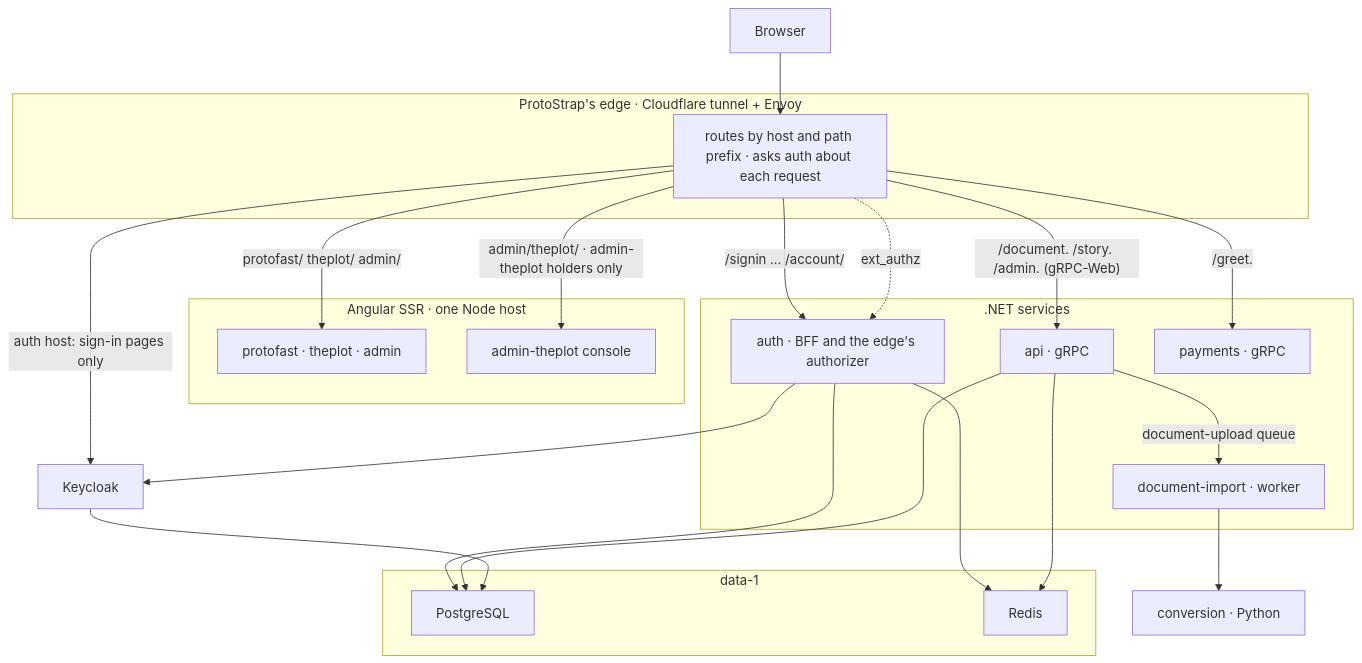
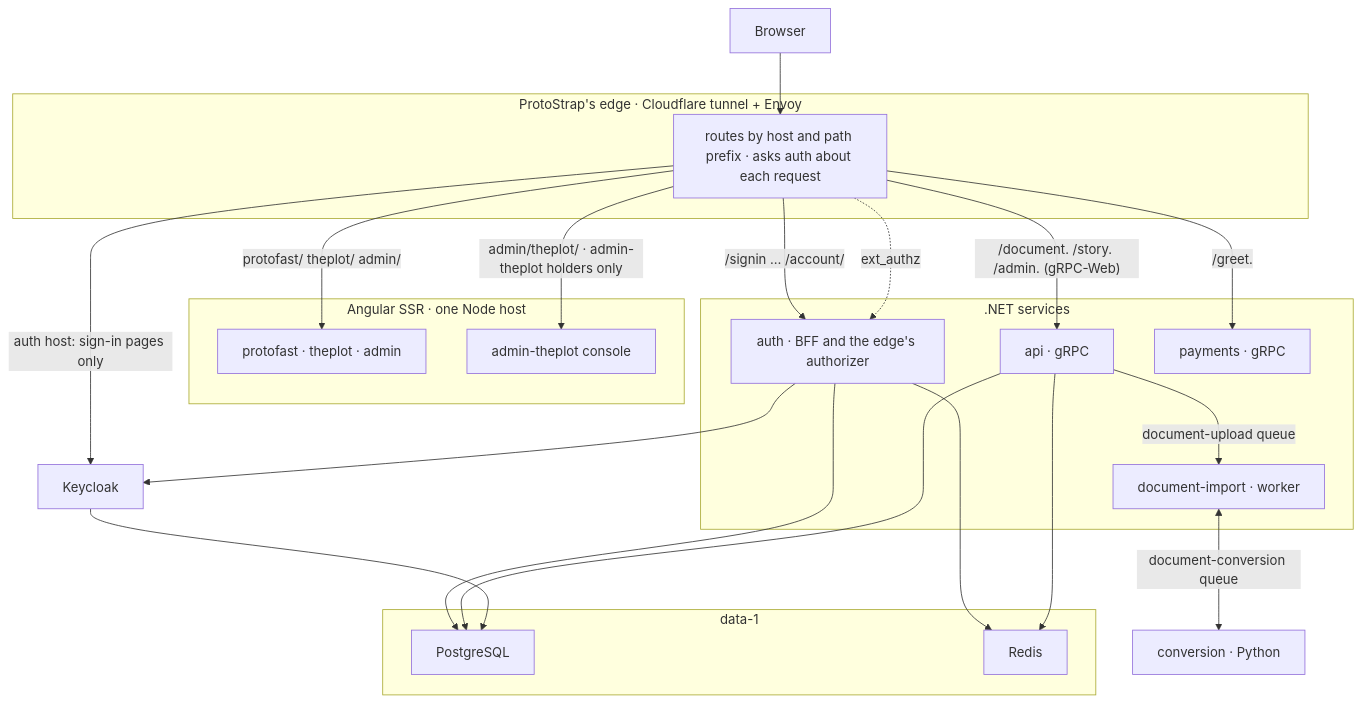
The diagram in README.md (duncan-G/ProtoFast), drawn with Mermaid before and after one commit. The commit also changed other lines of this file and 36 other files, not shown here.

First line of the commit message:
Run conversion as a queue worker that scales to zero

````diff
--- a/README.md
+++ b/README.md
@@ -9,41 +9,41 @@
 ```mermaid
 graph TD
     Browser["Browser"]
 
     subgraph Edge["ProtoStrap's edge · Cloudflare tunnel + Envoy"]
         Routes["routes by host and path prefix · asks auth about each request"]
     end
 
     subgraph Clients["Angular SSR · one Node host"]
         Web["protofast · theplot · admin"]
         Console["admin-theplot console"]
     end
 
     subgraph Services[".NET services"]
         Auth["auth · BFF and the edge's authorizer"]
         Api["api · gRPC"]
         Payments["payments · gRPC"]
         Import["document-import · worker"]
     end
 
     KC["Keycloak"]
 
     subgraph Stateful["data-1"]
         PG["PostgreSQL"]
         Redis["Redis"]
     end
 
     Browser --> Routes
     Routes -->|"protofast/ theplot/ admin/"| Web
     Routes -->|"admin/theplot/ · admin-theplot holders only"| Console
     Routes -->|"/signin … /account/"| Auth
     Routes -->|"/document. /story. /admin. (gRPC-Web)"| Api
     Routes -->|"/greet."| Payments
     Routes -->|"auth host: sign-in pages only"| KC
     Routes -.->|"ext_authz"| Auth
     Auth --> KC & Redis & PG
     Api --> PG & Redis
     Api -->|"document-upload queue"| Import
-    Import --> Conversion["conversion · Python"]
+    Import <-->|"document-conversion queue"| Conversion["conversion · Python"]
     KC --> PG
 ```
````
